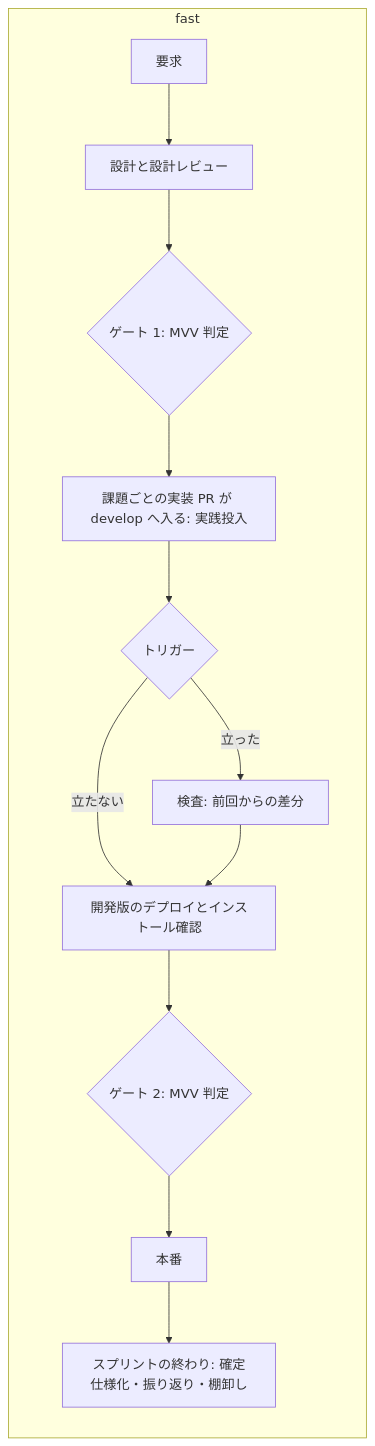
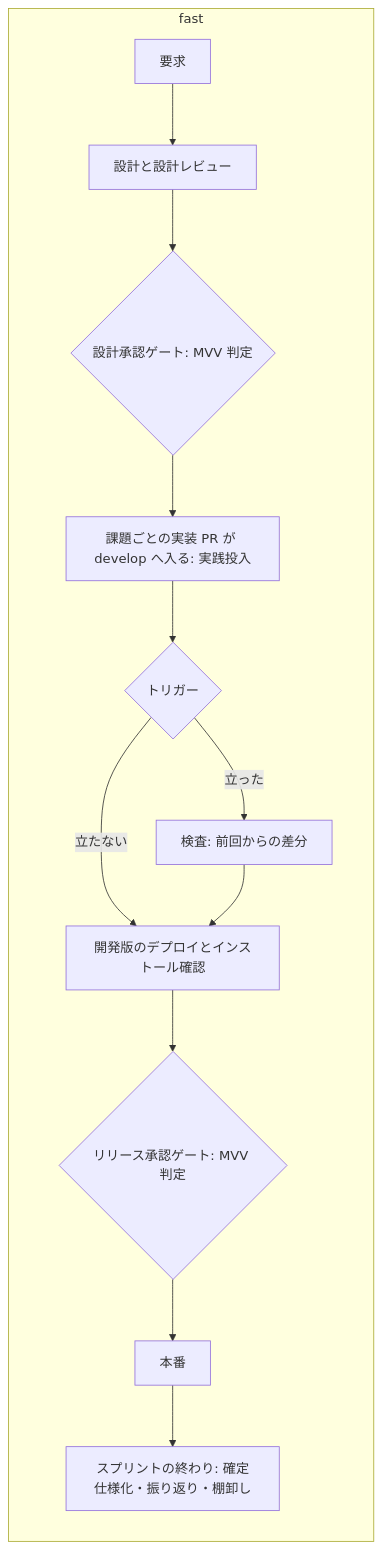
Before and after one commit to devbasex/ai-plugins: the third of 3 diagrams in plugins/ndf/skills/development-workflow/references/pace.md, drawn with Mermaid. The commit also changed other lines of this file and 96 other files, not shown here.

````diff
--- a/plugins/ndf/skills/development-workflow/references/pace.md
+++ b/plugins/ndf/skills/development-workflow/references/pace.md
@@ -49,13 +49,13 @@
 ```mermaid
 graph LR
     subgraph fast
-        F1[要求] --> F2[設計と設計レビュー] --> F3{ゲート 1: MVV 判定}
+        F1[要求] --> F2[設計と設計レビュー] --> F3{設計承認ゲート: MVV 判定}
         F3 --> F4[課題ごとの実装 PR が develop へ入る: 実践投入]
         F4 --> F5{トリガー}
         F5 -->|立った| F6[検査: 前回からの差分]
         F5 -->|立たない| F7[開発版のデプロイとインストール確認]
         F6 --> F7
-        F7 --> F8{ゲート 2: MVV 判定} --> F9[本番]
+        F7 --> F8{リリース承認ゲート: MVV 判定} --> F9[本番]
         F9 --> F10[スプリントの終わり: 確定仕様化・振り返り・棚卸し]
     end
 ```
````
